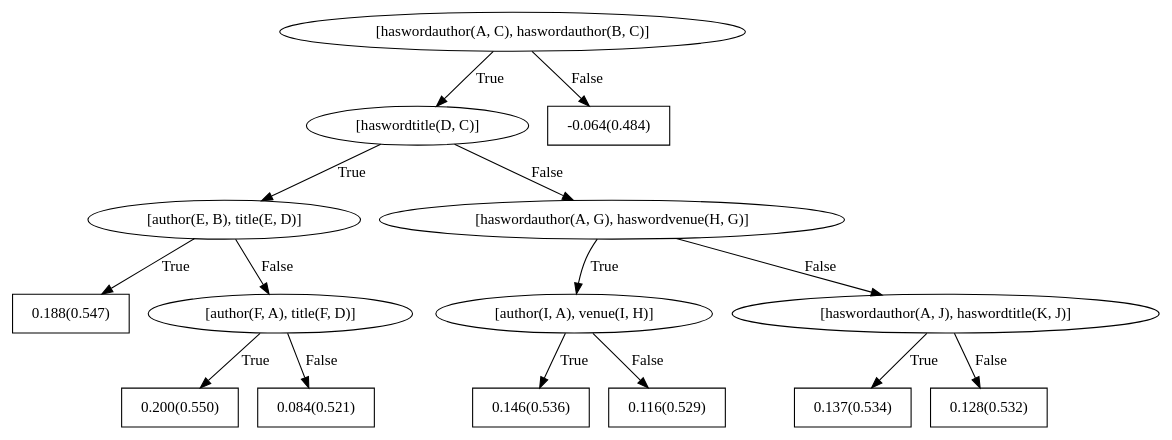
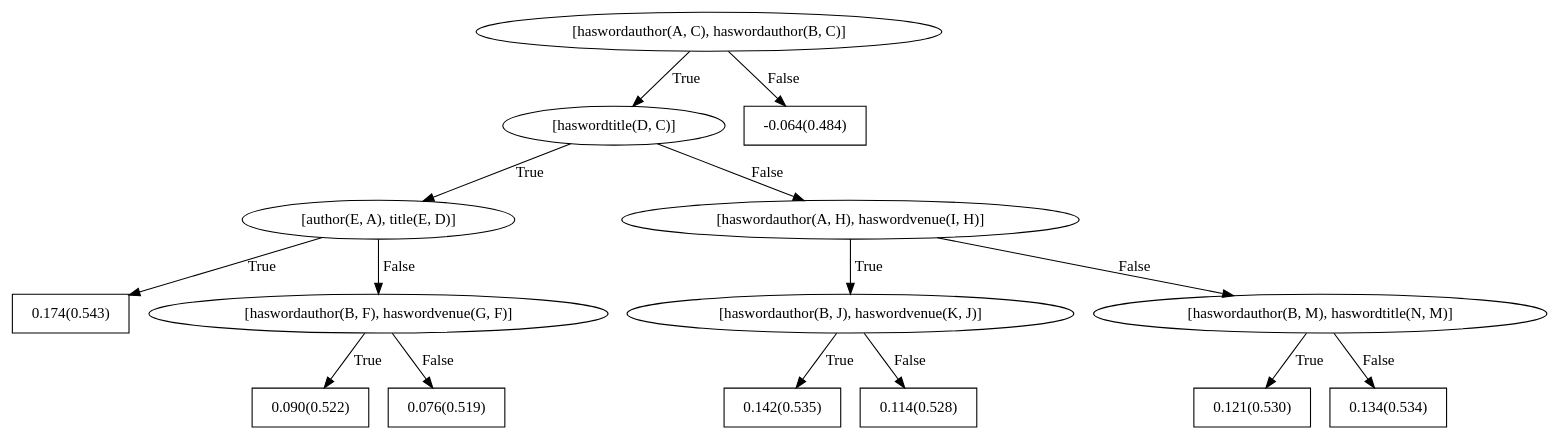
Before and after one commit to hayesall/Walk-ER: the diagram in datasets/Cora/train/models/bRDNs/dotFiles/WILLTreeFor_sameauthor9.dot, drawn with Graphviz. The commit also changed 71 other files, not shown here.

Commit message:
mode_comparator worked for Cora, I do not think WebKB is significant since the graph is so small.

```diff
--- a/datasets/Cora/train/models/bRDNs/dotFiles/WILLTreeFor_sameauthor9.dot
+++ b/datasets/Cora/train/models/bRDNs/dotFiles/WILLTreeFor_sameauthor9.dot
@@ -1,31 +1,31 @@
 digraph G{ 
 1[label = "[haswordauthor(A, C), haswordauthor(B, C)]"];
 1 -> 2[label="True"];
 1 -> 3[label="False"];
 2[label = "[haswordtitle(D, C)]"];
 2 -> 4[label="True"];
 2 -> 5[label="False"];
-4[label = "[author(E, B), title(E, D)]"];
+4[label = "[author(E, A), title(E, D)]"];
 4 -> 6[label="True"];
 4 -> 7[label="False"];
-6[shape = box,label = "0.188(0.547)"];
-7[label = "[author(F, A), title(F, D)]"];
+6[shape = box,label = "0.174(0.543)"];
+7[label = "[haswordauthor(B, F), haswordvenue(G, F)]"];
 7 -> 8[label="True"];
 7 -> 9[label="False"];
-8[shape = box,label = "0.200(0.550)"];
-9[shape = box,label = "0.084(0.521)"];
-5[label = "[haswordauthor(A, G), haswordvenue(H, G)]"];
+8[shape = box,label = "0.090(0.522)"];
+9[shape = box,label = "0.076(0.519)"];
+5[label = "[haswordauthor(A, H), haswordvenue(I, H)]"];
 5 -> 10[label="True"];
 5 -> 11[label="False"];
-10[label = "[author(I, A), venue(I, H)]"];
+10[label = "[haswordauthor(B, J), haswordvenue(K, J)]"];
 10 -> 12[label="True"];
 10 -> 13[label="False"];
-12[shape = box,label = "0.146(0.536)"];
-13[shape = box,label = "0.116(0.529)"];
-11[label = "[haswordauthor(A, J), haswordtitle(K, J)]"];
+12[shape = box,label = "0.142(0.535)"];
+13[shape = box,label = "0.114(0.528)"];
+11[label = "[haswordauthor(B, M), haswordtitle(N, M)]"];
 11 -> 14[label="True"];
 11 -> 15[label="False"];
-14[shape = box,label = "0.137(0.534)"];
-15[shape = box,label = "0.128(0.532)"];
+14[shape = box,label = "0.121(0.530)"];
+15[shape = box,label = "0.134(0.534)"];
 3[shape = box,label = "-0.064(0.484)"];
 }
```
